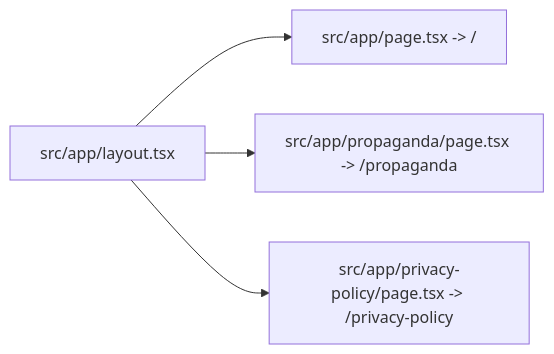
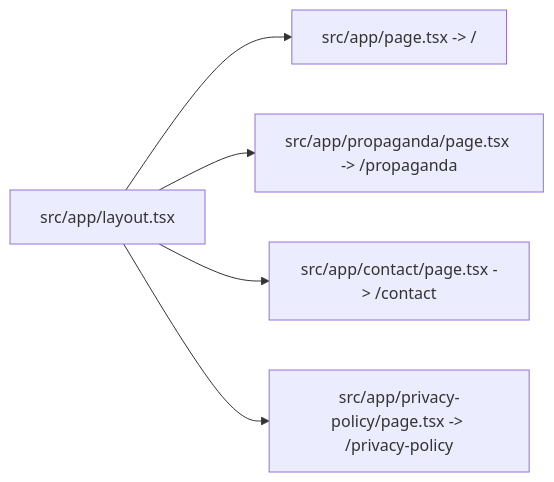
Before and after one commit to vele616/website-petra: the diagram in lode/routing/summary.md, drawn with Mermaid. The commit also changed other lines of this file and 15 other files, not shown here.

````diff
--- a/lode/routing/summary.md
+++ b/lode/routing/summary.md
@@ -10,6 +10,7 @@
 ```mermaid
 graph LR
   Root["src/app/layout.tsx"] --> Home["src/app/page.tsx -> /"]
   Root --> Propaganda["src/app/propaganda/page.tsx -> /propaganda"]
+  Root --> Contact["src/app/contact/page.tsx -> /contact"]
   Root --> Privacy["src/app/privacy-policy/page.tsx -> /privacy-policy"]
 ```
````
